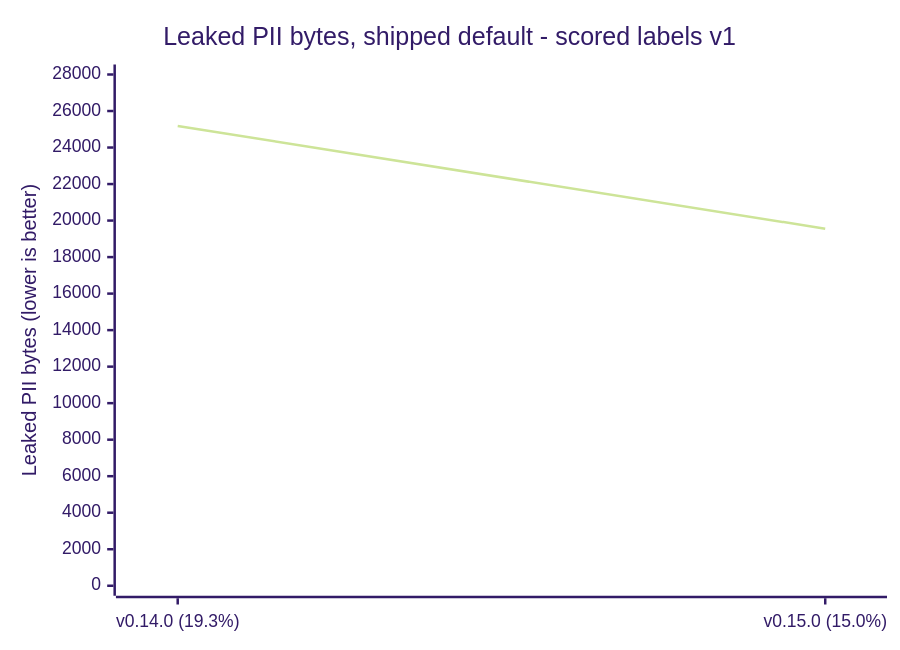
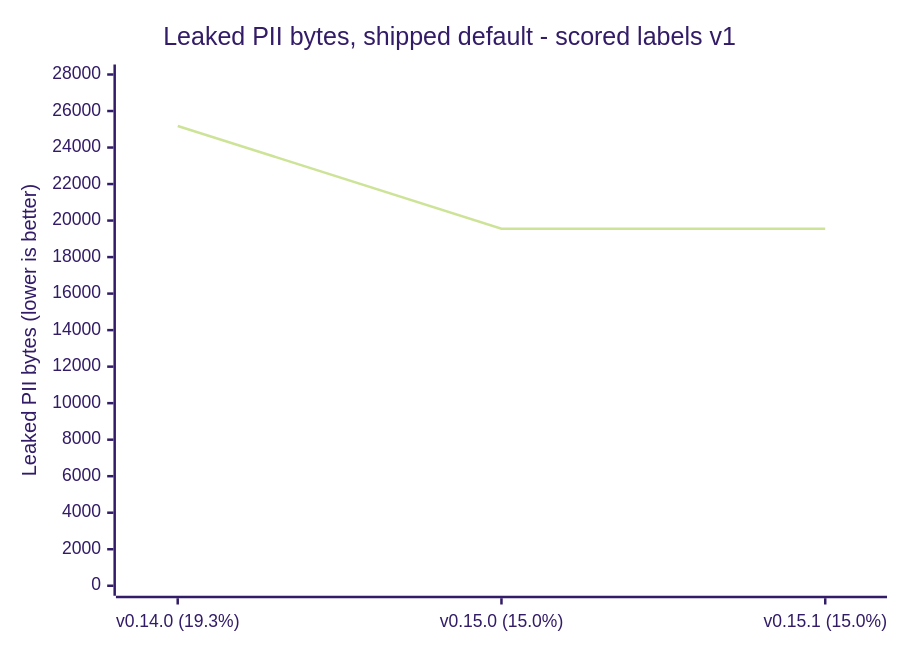
The second of 3 diagrams in docs/reference/benchmarks/README.md (CertaMesh/gaze), drawn with Mermaid (forest theme) before and after one commit. The commit also changed other lines of this file and 39 other files, not shown here.

````diff
--- a/docs/reference/benchmarks/README.md
+++ b/docs/reference/benchmarks/README.md
@@ -348,7 +348,7 @@
 ```mermaid
 xychart-beta
     title "Leaked PII bytes, shipped default - scored labels v1"
-    x-axis ["v0.14.0 (19.3%)", "v0.15.0 (15.0%)"]
+    x-axis ["v0.14.0 (19.3%)", "v0.15.0 (15.0%)", "v0.15.1 (15.0%)"]
     y-axis "Leaked PII bytes (lower is better)" 0 --> 28000
-    line [25179, 19556]
+    line [25179, 19556, 19556]
 ```
````
